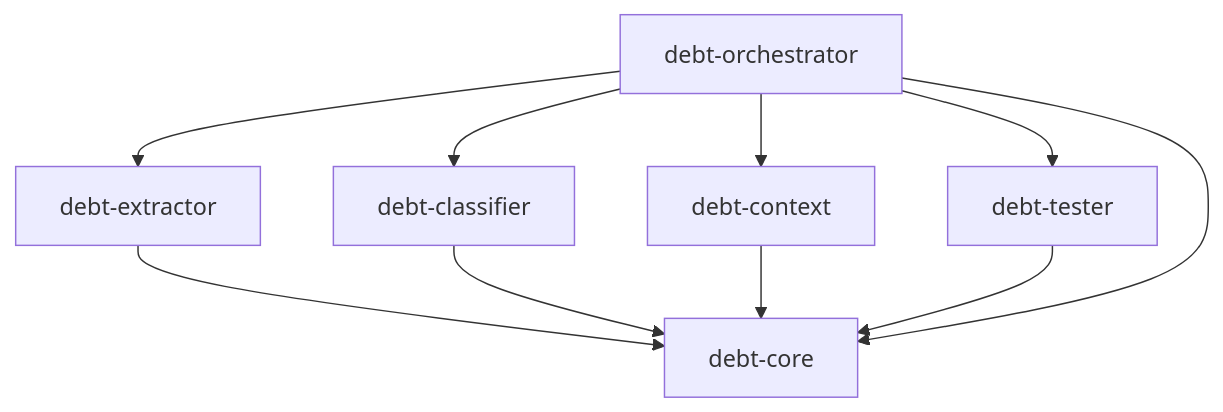
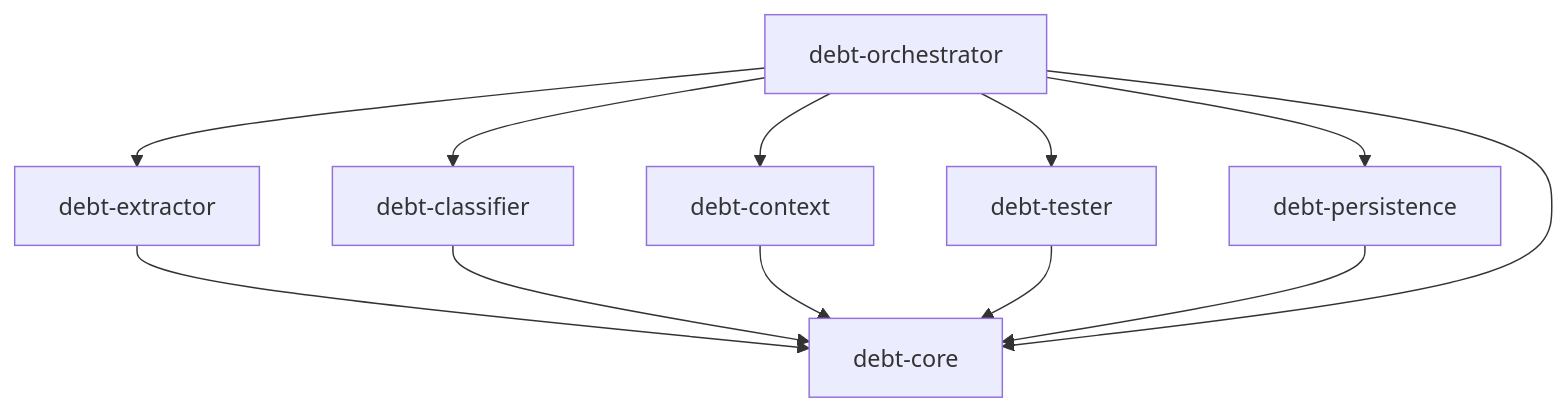
One commit to JonasFortes12/debt2test changed the diagram in README.md. Above: the diagram before and after it, drawn with Mermaid. The commit also changed other lines of this file and 1 other file, not shown here.

Commit message:
docs: update readme with architecture

````diff
--- a/README.md
+++ b/README.md
@@ -18,19 +18,22 @@
 ```mermaid
 graph TD
     CORE[debt-core]
     EXTRACTOR[debt-extractor]
     CLASSIFIER[debt-classifier]
     CONTEXT[debt-context]
     TESTER[debt-tester]
+    PERSISTENCE[debt-persistence]
     ORCH[debt-orchestrator]
 
     EXTRACTOR --> CORE
     CLASSIFIER --> CORE
     CONTEXT --> CORE
     TESTER --> CORE
+    PERSISTENCE --> CORE
     ORCH --> CORE
     ORCH --> EXTRACTOR
     ORCH --> CLASSIFIER
     ORCH --> CONTEXT
     ORCH --> TESTER
+    ORCH --> PERSISTENCE
 ```
````
